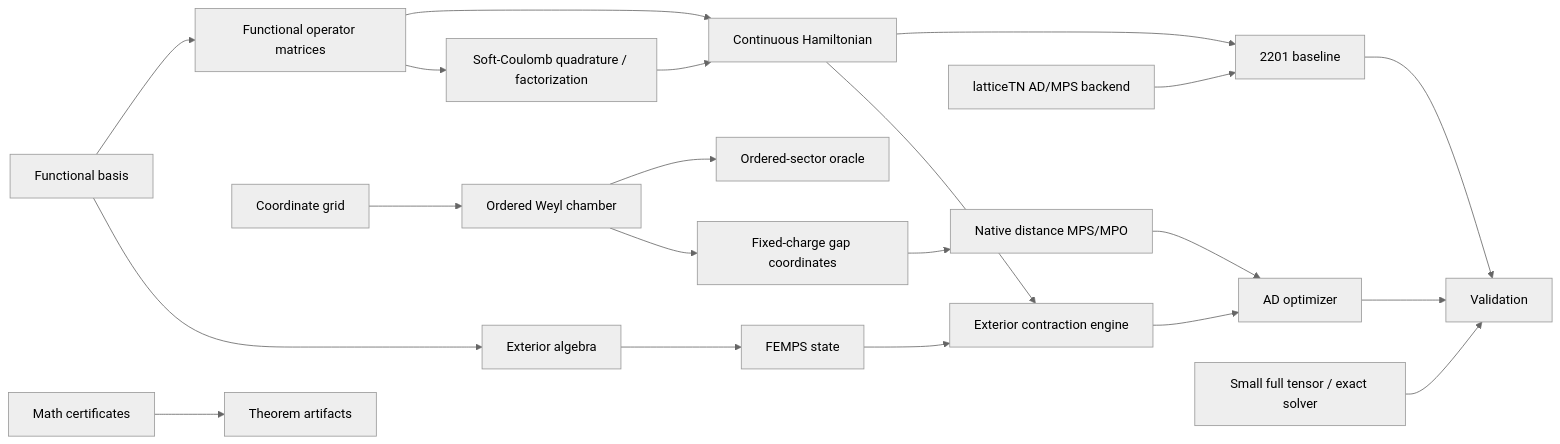
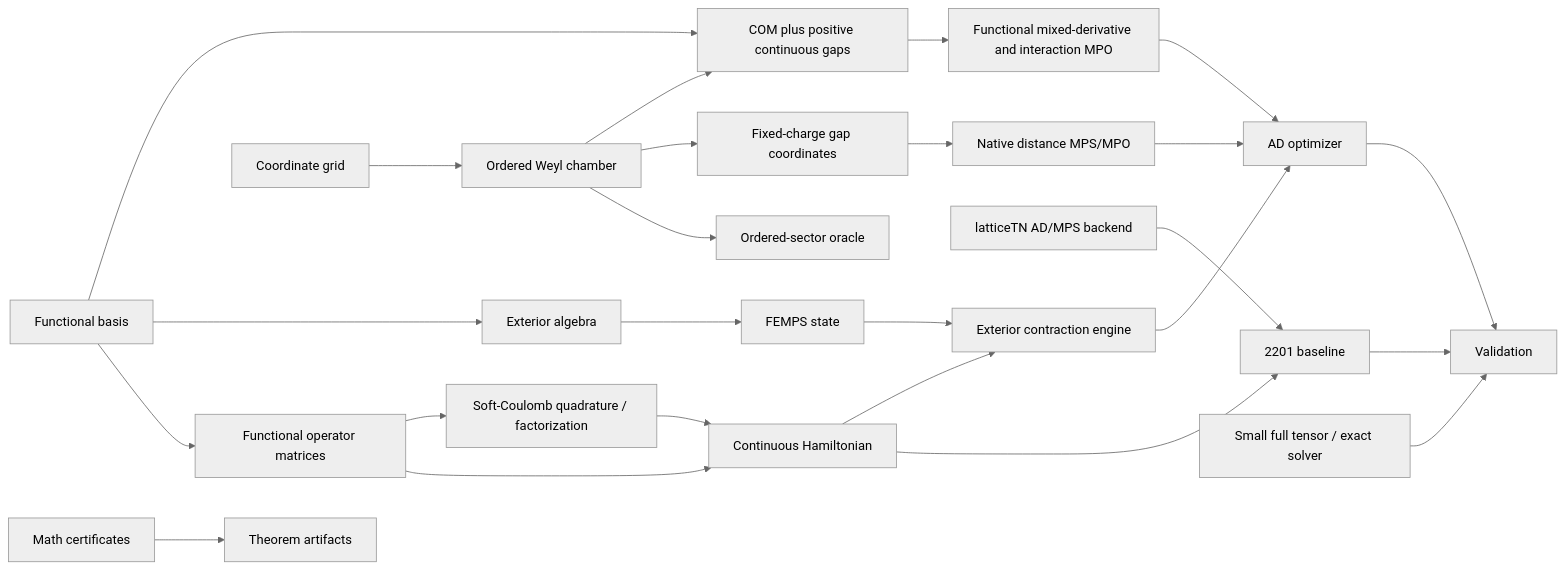
Before and after one commit to intproduct/FEMPS: the diagram in docs/ARCHITECTURE.md, drawn with Mermaid (neutral theme). The commit also changed other lines of this file and 38 other files, not shown here.

Commit message:
feat: pass continuous ordered Gate D

````diff
--- a/docs/ARCHITECTURE.md
+++ b/docs/ARCHITECTURE.md
@@ -3,23 +3,27 @@
 ```mermaid
 flowchart LR
     Basis[Functional basis] --> Operators[Functional operator matrices]
     Operators --> Hamiltonian[Continuous Hamiltonian]
     Basis --> Exterior[Exterior algebra]
     Exterior --> State[FEMPS state]
     Grid[Coordinate grid] --> Ordered[Ordered Weyl chamber]
     Ordered --> OrderedOracle[Ordered-sector oracle]
     Ordered --> Gaps[Fixed-charge gap coordinates]
     Gaps --> GapMPO[Native distance MPS/MPO]
     GapMPO --> Optimizer
+    Ordered --> ContinuousQ[COM plus positive continuous gaps]
+    Basis --> ContinuousQ
+    ContinuousQ --> ContinuousMPO[Functional mixed-derivative and interaction MPO]
+    ContinuousMPO --> Optimizer
     Lattice[latticeTN AD/MPS backend] --> Baseline[2201 baseline]
     Hamiltonian --> Baseline
     Hamiltonian --> Contract[Exterior contraction engine]
     Operators --> SoftCoulomb[Soft-Coulomb quadrature / factorization]
     SoftCoulomb --> Hamiltonian
     State --> Contract
     Contract --> Optimizer[AD optimizer]
     Reference[Small full tensor / exact solver] --> Validation[Validation]
     Baseline --> Validation
     Optimizer --> Validation
     Certificates[Math certificates] --> Theory[Theorem artifacts]
 ```
````
